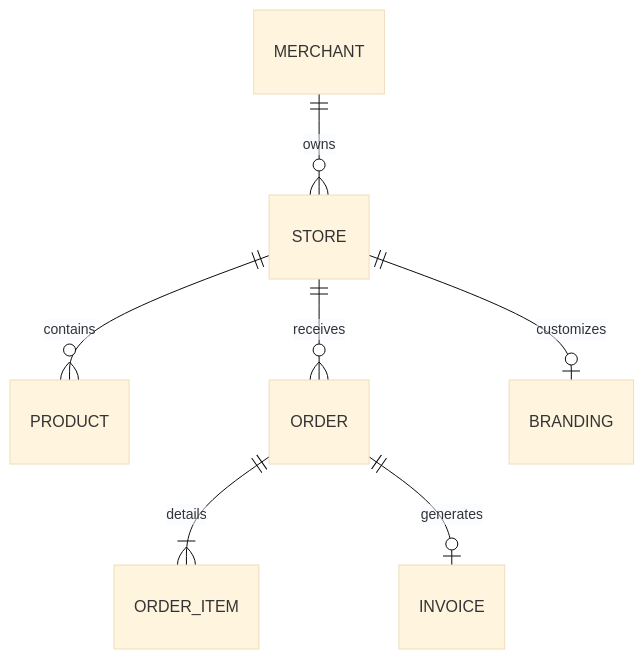
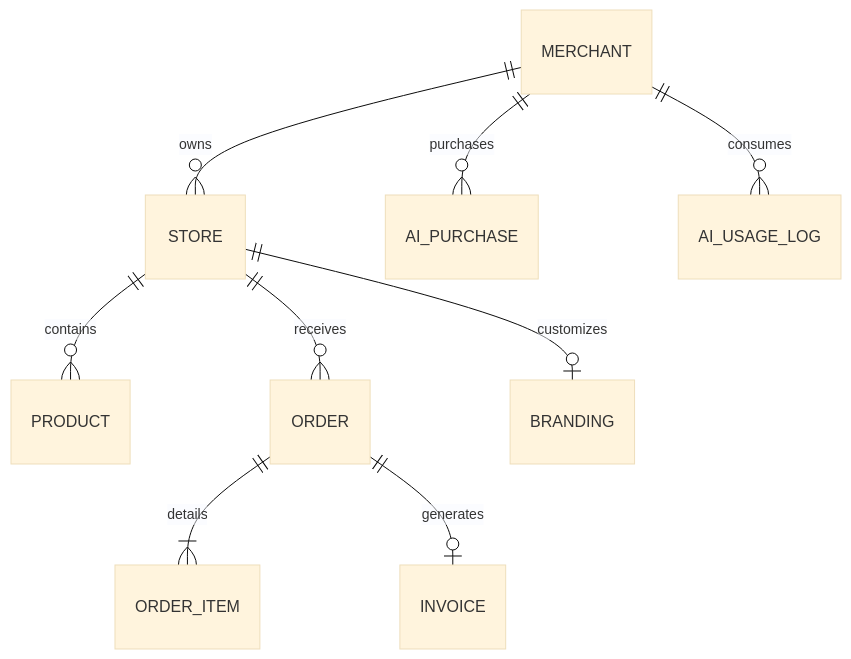
Before and after one commit to rahul-gound/ferasetu: the diagram in docs/obsidian-vault/10 - 🗄️ Database Schemas & Data Flow.md, drawn with Mermaid (base theme). The commit also changed other lines of this file and 25 other files, not shown here.

````diff
--- a/docs/obsidian-vault/10 - 🗄️ Database Schemas & Data Flow.md
+++ b/docs/obsidian-vault/10 - 🗄️ Database Schemas & Data Flow.md
@@ -12,9 +12,11 @@
 ```mermaid
 erDiagram
     MERCHANT ||--o{ STORE : owns
     STORE ||--o{ PRODUCT : contains
     STORE ||--o{ ORDER : receives
     ORDER ||--|{ ORDER_ITEM : details
     ORDER ||--o| INVOICE : generates
     STORE ||--o| BRANDING : customizes
+    MERCHANT ||--o{ AI_PURCHASE : purchases
+    MERCHANT ||--o{ AI_USAGE_LOG : consumes
 ```
````
